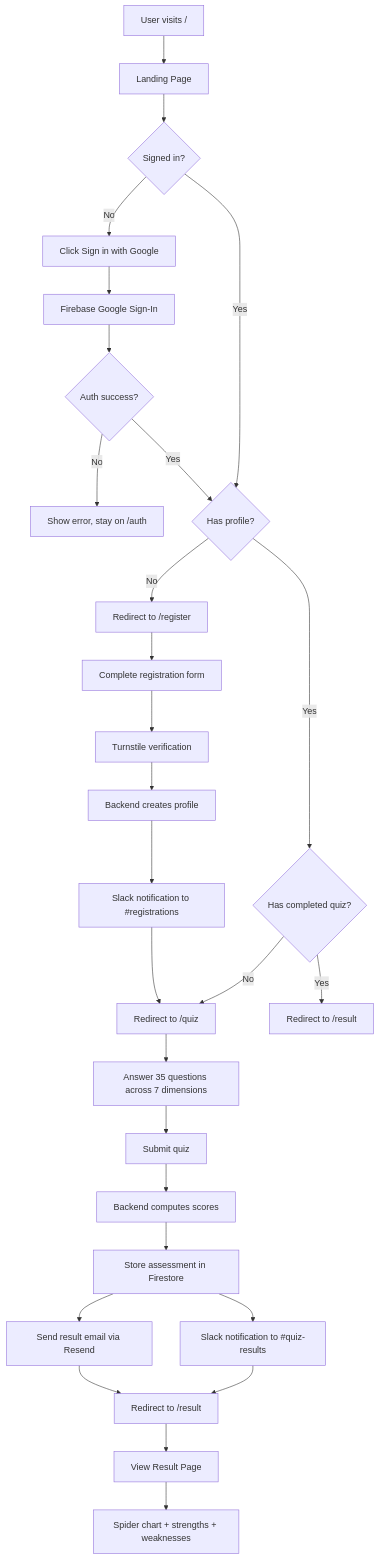
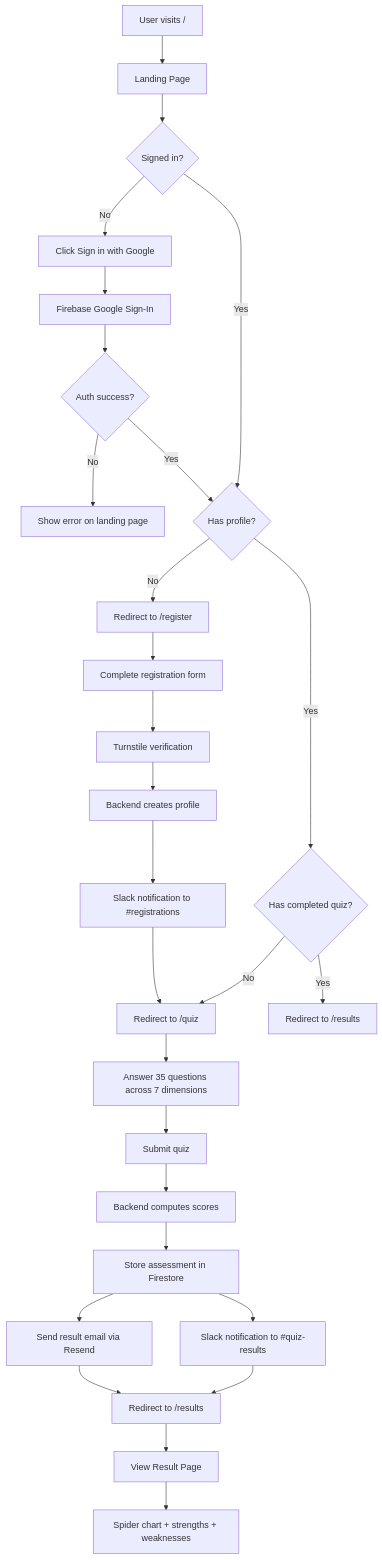
Before and after one commit to sathittham/factory-sync-solutions: the first of 6 diagrams in docs/user-flow.md, drawn with Mermaid. The commit also changed other lines of this file and 52 other files, not shown here.

````diff
--- a/docs/user-flow.md
+++ b/docs/user-flow.md
@@ -11,34 +11,34 @@
 ```mermaid
 flowchart TD
     A[User visits /] --> B[Landing Page]
     B --> C{Signed in?}
     C -- No --> D[Click Sign in with Google]
     D --> E[Firebase Google Sign-In]
     E --> F{Auth success?}
-    F -- No --> G[Show error, stay on /auth]
+    F -- No --> G[Show error on landing page]
     F -- Yes --> H{Has profile?}
     C -- Yes --> H
 
     H -- No --> I[Redirect to /register]
     I --> J[Complete registration form]
     J --> K[Turnstile verification]
     K --> L[Backend creates profile]
     L --> M[Slack notification to #registrations]
     M --> N[Redirect to /quiz]
 
     H -- Yes --> O{Has completed quiz?}
     O -- No --> N
-    O -- Yes --> P[Redirect to /result]
+    O -- Yes --> P[Redirect to /results]
 
     N --> Q[Answer 35 questions across 7 dimensions]
     Q --> R[Submit quiz]
     R --> S[Backend computes scores]
     S --> T[Store assessment in Firestore]
     T --> U[Send result email via Resend]
     T --> V[Slack notification to #quiz-results]
-    U --> W[Redirect to /result]
+    U --> W[Redirect to /results]
     V --> W
 
     W --> X[View Result Page]
     X --> Y[Spider chart + strengths + weaknesses]
 ```
````
